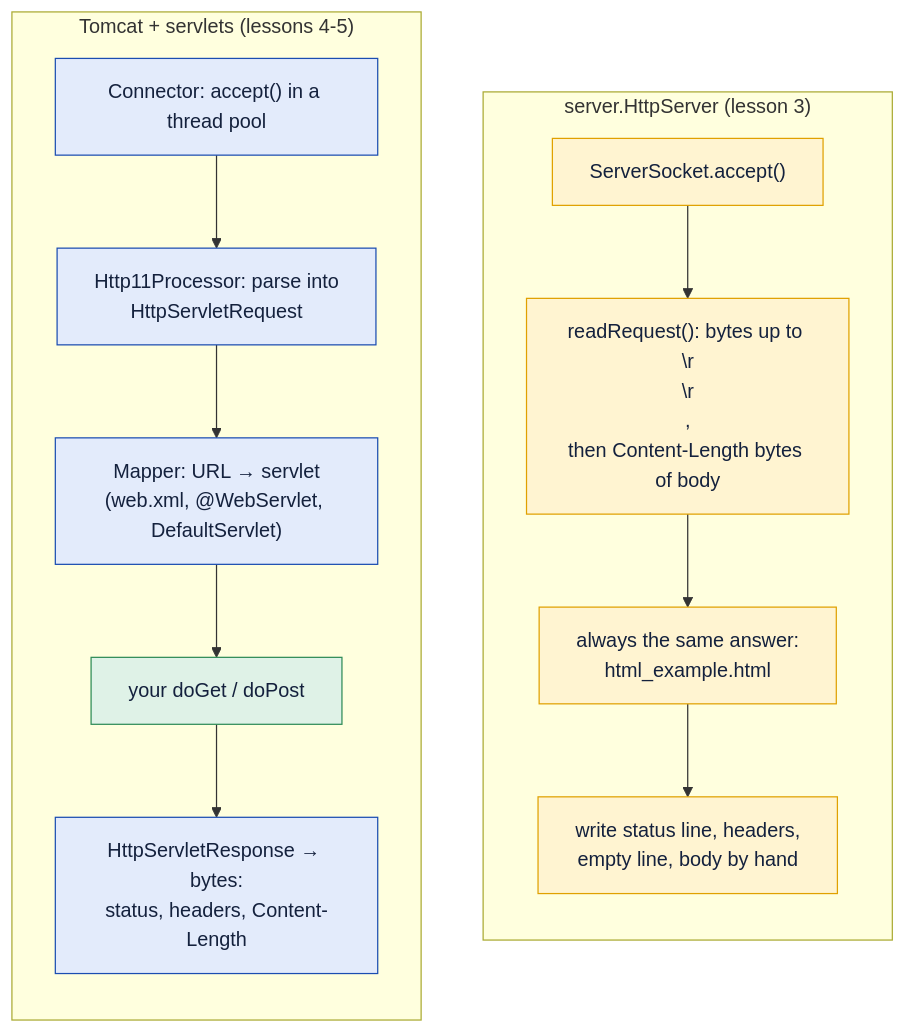
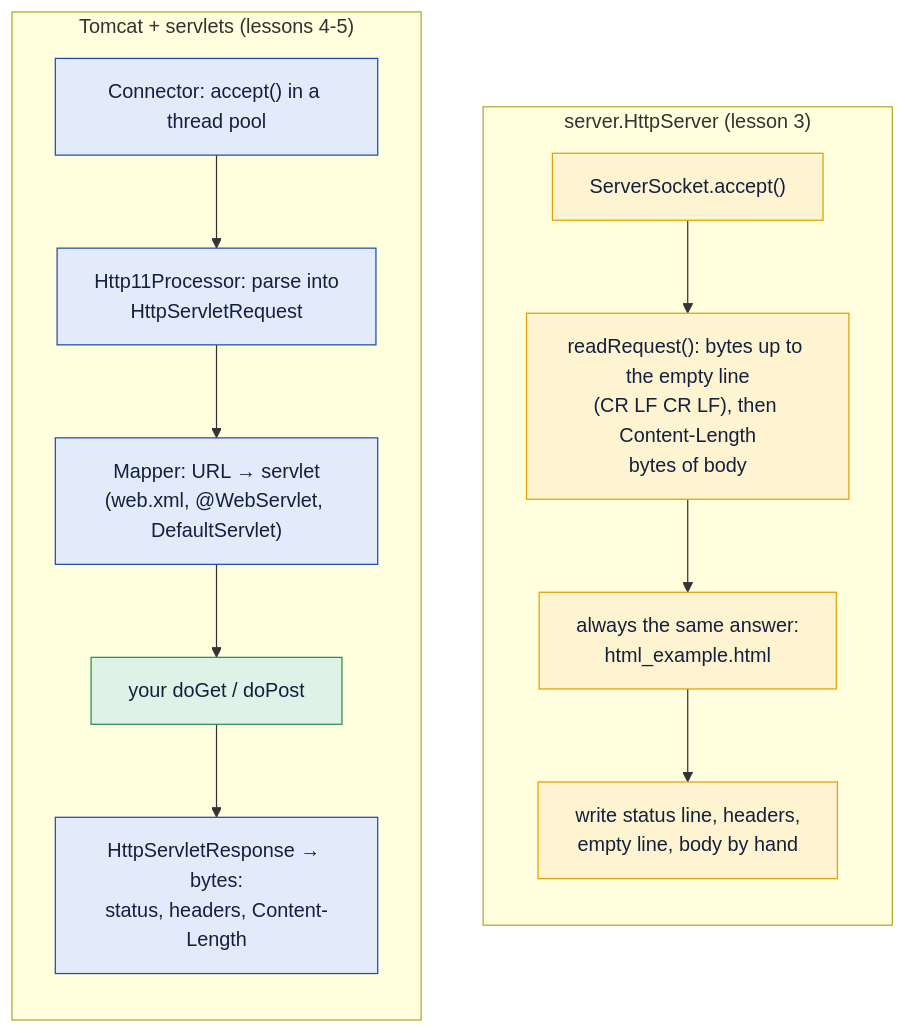
Before and after one commit to DmitryDerkach/Http_Servlets: the third of 5 diagrams in README.md, drawn with Mermaid. The commit also changed 2 other files, not shown here.

Commit message:
2026_Http_Servlets_Fix_README
- README: re-take the screenshots of the "under the hood" page as element
  screenshots: no browser scrollbar on the right, the "Run it in Codespaces"
  button is no longer cut off (under-the-hood.png, under-the-hood-journey.png).
- README: the Mermaid label of readRequest() wrote \r\n literally, which
  Mermaid turned into line breaks; now "the empty line (CR LF CR LF)".

````diff
--- a/README.md
+++ b/README.md
@@ -79,22 +79,22 @@
 ```mermaid
 flowchart TB
     subgraph own["server.HttpServer (lesson 3)"]
         direction TB
-        o1["ServerSocket.accept()"] --> o2["readRequest(): bytes up to \r\n\r\n,<br/>then Content-Length bytes of body"]
+        o1["ServerSocket.accept()"] --> o2["readRequest(): bytes up to the empty line<br/>(CR LF CR LF), then Content-Length<br/>bytes of body"]
         o2 --> o3["always the same answer:<br/>html_example.html"]
         o3 --> o4["write status line, headers,<br/>empty line, body by hand"]
     end
     subgraph tomcat["Tomcat + servlets (lessons 4-5)"]
         direction TB
         t1["Connector: accept() in a thread pool"] --> t2["Http11Processor: parse into<br/>HttpServletRequest"]
         t2 --> t3["Mapper: URL → servlet<br/>(web.xml, @WebServlet, DefaultServlet)"]
         t3 --> t4["your doGet / doPost"]
         t4 --> t5["HttpServletResponse → bytes:<br/>status, headers, Content-Length"]
     end
     classDef ownStyle fill:#FFF4D1,stroke:#E0A100,color:#14213D
     classDef tomcatStyle fill:#E3EBFB,stroke:#1B4DB1,color:#14213D
     classDef yours fill:#DFF2E7,stroke:#2E8B57,color:#14213D
     class o1,o2,o3,o4 ownStyle
     class t1,t2,t3,t5 tomcatStyle
     class t4 yours
 ```
````
